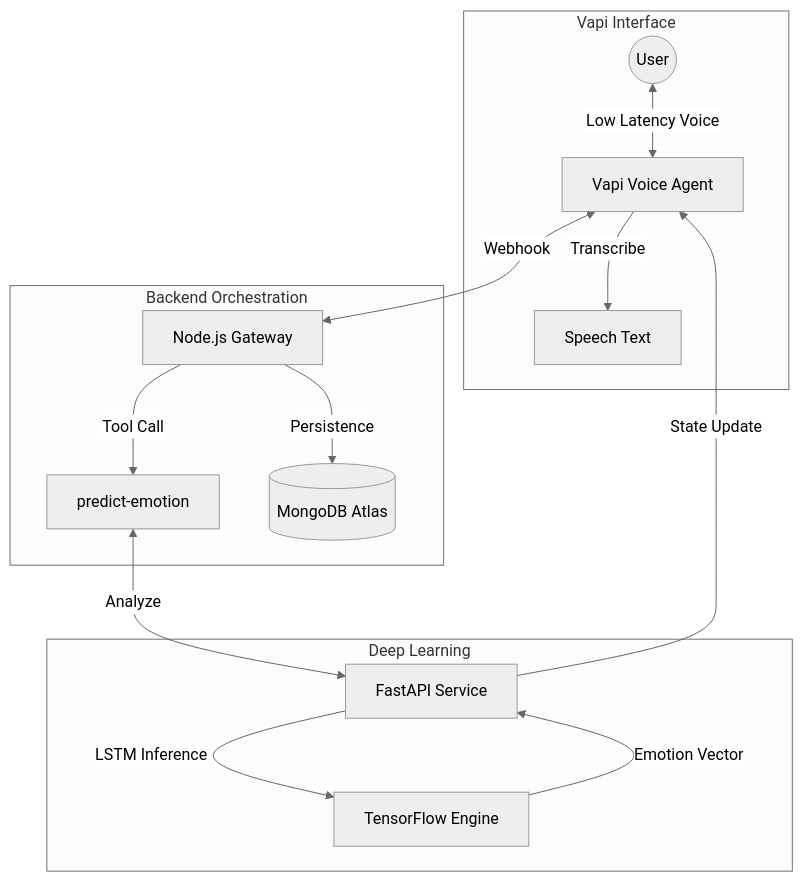
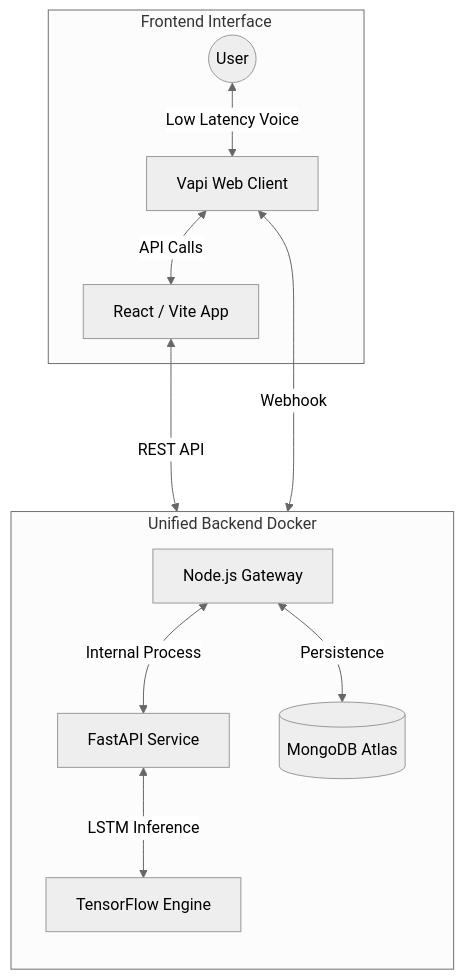
Before and after one commit to ARYANCY/nlp-voice-emotion-analyzer: the diagram in README.md, drawn with Mermaid (neutral theme). The commit also changed other lines of this file, not shown here.

````diff
--- a/README.md
+++ b/README.md
@@ -9,21 +17,17 @@
 ```mermaid
 flowchart TD
-    subgraph Communications [Vapi Interface]
-        User((User)) <-->|Low Latency Voice| Vapi[Vapi Voice Agent]
-        Vapi -->|Transcribe| Text[Speech Text]
+    subgraph Client_Side [Frontend Interface]
+        User((User)) <-->|Low Latency Voice| Vapi[Vapi Web Client]
+        Vapi <-->|API Calls| FE[React / Vite App]
     end
 
-    subgraph Logic [Backend Orchestration]
-        Vapi <-->|Webhook| BE[Node.js Gateway]
-        BE -->|Tool Call| Tool[predict-emotion]
-        BE -->|Persistence| DB[(MongoDB Atlas)]
+    subgraph Server_Side [Unified Backend Docker]
+        direction TB
+        BE[Node.js Gateway] <-->|Internal Process| AI[FastAPI Service]
+        AI <-->|LSTM Inference| TF[TensorFlow Engine]
+        BE <-->|Persistence| DB[(MongoDB Atlas)]
     end
 
-    subgraph Analytical_Engine [Deep Learning]
-        Tool <-->|Analyze| AI[FastAPI Service]
-        AI -->|LSTM Inference| TF[TensorFlow Engine]
-        TF -->|Emotion Vector| AI
-    end
-
-    AI -->|State Update| Vapi
+    FE <--->|REST API| BE
+    Vapi <--->|Webhook| BE
 ```
````
